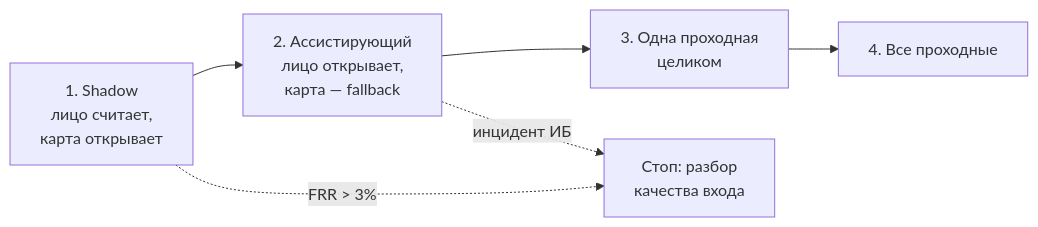
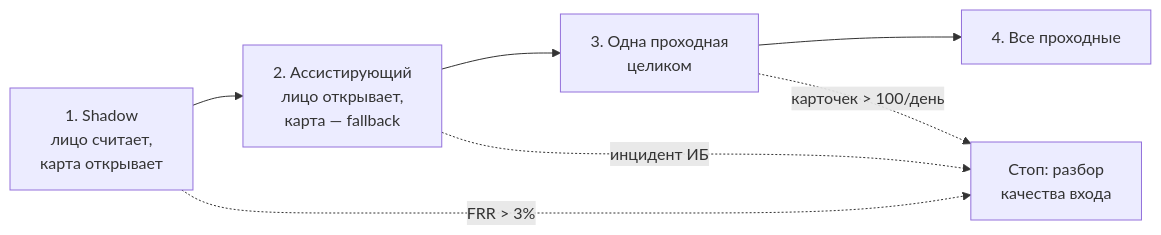
Before and after one commit to k1b35/entrance-test: the diagram in docs/product.md, drawn with Mermaid. The commit also changed other lines of this file and 5 other files, not shown here.

````diff
--- a/docs/product.md
+++ b/docs/product.md
@@ -188,7 +247,8 @@
 ```mermaid
 flowchart LR
     S1["1. Shadow<br/>лицо считает,<br/>карта открывает"] --> S2["2. Ассистирующий<br/>лицо открывает,<br/>карта — fallback"]
     S2 --> S3["3. Одна проходная<br/>целиком"] --> S4["4. Все проходные"]
     S1 -.->|"FRR > 3%"| STOP["Стоп: разбор<br/>качества входа"]
     S2 -.->|"инцидент ИБ"| STOP
+    S3 -.->|"карточек > 100/день"| STOP
 ```
````
